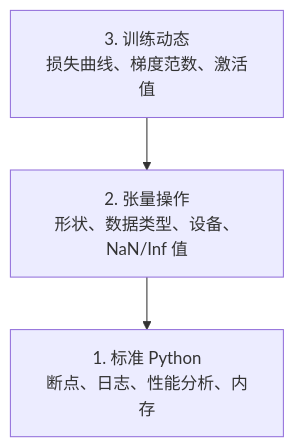
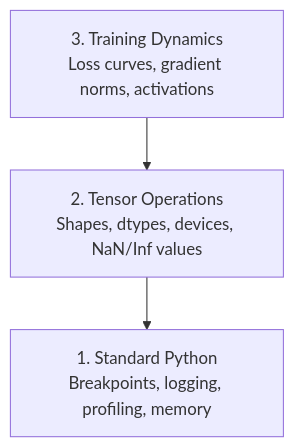
One commit to xiaojiaenen/ai-engineering-from-scratch-zh changed the diagram in i18n/zh/phases/00-setup-and-tooling/12-debugging-and-profiling/docs/zh.md. Above: the diagram before and after it, drawn with Mermaid. The commit also changed other lines of this file and 12 other files, not shown here.

````diff
--- a/i18n/zh/phases/00-setup-and-tooling/12-debugging-and-profiling/docs/zh.md
+++ b/i18n/zh/phases/00-setup-and-tooling/12-debugging-and-profiling/docs/zh.md
@@ -27,6 +27,6 @@
 ```mermaid
 graph TD
-    L3["3. 训练动态<br/>损失曲线、梯度范数、激活值"] --> L2
-    L2["2. 张量操作<br/>形状、数据类型、设备、NaN/Inf 值"] --> L1
-    L1["1. 标准 Python<br/>断点、日志、性能分析、内存"]
+    L3["3. Training Dynamics<br/>Loss curves, gradient norms, activations"] --> L2
+    L2["2. Tensor Operations<br/>Shapes, dtypes, devices, NaN/Inf values"] --> L1
+    L1["1. Standard Python<br/>Breakpoints, logging, profiling, memory"]
 ```
````
